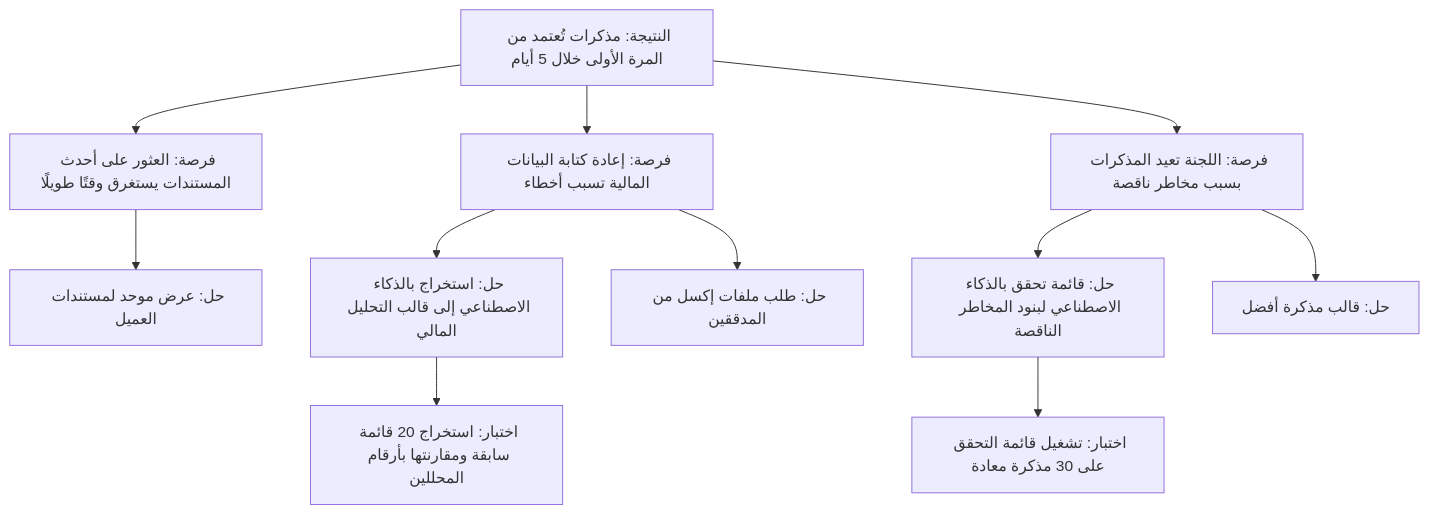
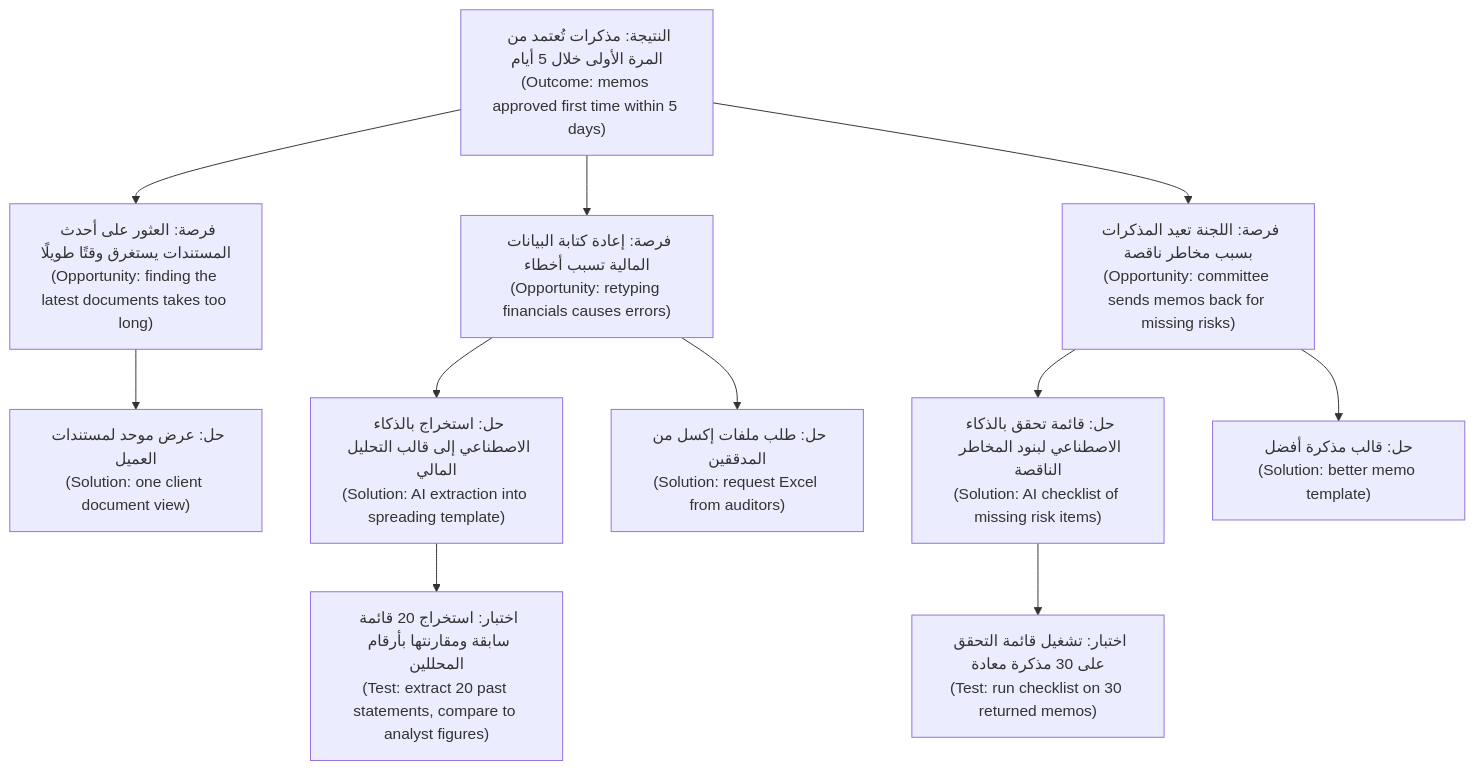
The first of 3 diagrams in aipm/modules/02-discovery.ar.md (Tamoura/system-design-for-vibe-coders), drawn with Mermaid before and after one commit. The commit also changed other lines of this file and 9 other files, not shown here.

First line of the commit message:
AI PM course (AR): right-to-left diagrams with English labels

````diff
--- a/aipm/modules/02-discovery.ar.md
+++ b/aipm/modules/02-discovery.ar.md
@@ -67,13 +67,13 @@
 ```mermaid
 flowchart TD
-    O["النتيجة: مذكرات تُعتمد من المرة الأولى خلال 5 أيام"] --> P1["فرصة: العثور على أحدث المستندات يستغرق وقتًا طويلًا"]
-    O --> P2["فرصة: إعادة كتابة البيانات المالية تسبب أخطاء"]
-    O --> P3["فرصة: اللجنة تعيد المذكرات بسبب مخاطر ناقصة"]
-    P1 --> S1["حل: عرض موحد لمستندات العميل"]
-    P2 --> S2["حل: استخراج بالذكاء الاصطناعي إلى قالب التحليل المالي"]
-    P2 --> S3["حل: طلب ملفات إكسل من المدققين"]
-    P3 --> S4["حل: قائمة تحقق بالذكاء الاصطناعي لبنود المخاطر الناقصة"]
-    P3 --> S5["حل: قالب مذكرة أفضل"]
-    S2 --> T1["اختبار: استخراج 20 قائمة سابقة ومقارنتها بأرقام المحللين"]
-    S4 --> T2["اختبار: تشغيل قائمة التحقق على 30 مذكرة معادة"]
+    O["النتيجة: مذكرات تُعتمد من المرة الأولى خلال 5 أيام<br/>(Outcome: memos approved first time within 5 days)"] --> P1["فرصة: العثور على أحدث المستندات يستغرق وقتًا طويلًا<br/>(Opportunity: finding the latest documents takes too long)"]
+    O --> P2["فرصة: إعادة كتابة البيانات المالية تسبب أخطاء<br/>(Opportunity: retyping financials causes errors)"]
+    O --> P3["فرصة: اللجنة تعيد المذكرات بسبب مخاطر ناقصة<br/>(Opportunity: committee sends memos back for missing risks)"]
+    P1 --> S1["حل: عرض موحد لمستندات العميل<br/>(Solution: one client document view)"]
+    P2 --> S2["حل: استخراج بالذكاء الاصطناعي إلى قالب التحليل المالي<br/>(Solution: AI extraction into spreading template)"]
+    P2 --> S3["حل: طلب ملفات إكسل من المدققين<br/>(Solution: request Excel from auditors)"]
+    P3 --> S4["حل: قائمة تحقق بالذكاء الاصطناعي لبنود المخاطر الناقصة<br/>(Solution: AI checklist of missing risk items)"]
+    P3 --> S5["حل: قالب مذكرة أفضل<br/>(Solution: better memo template)"]
+    S2 --> T1["اختبار: استخراج 20 قائمة سابقة ومقارنتها بأرقام المحللين<br/>(Test: extract 20 past statements, compare to analyst figures)"]
+    S4 --> T2["اختبار: تشغيل قائمة التحقق على 30 مذكرة معادة<br/>(Test: run checklist on 30 returned memos)"]
 ```
````
